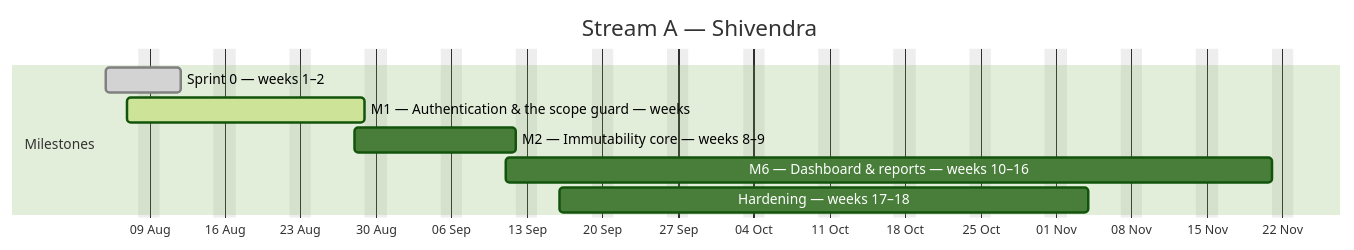
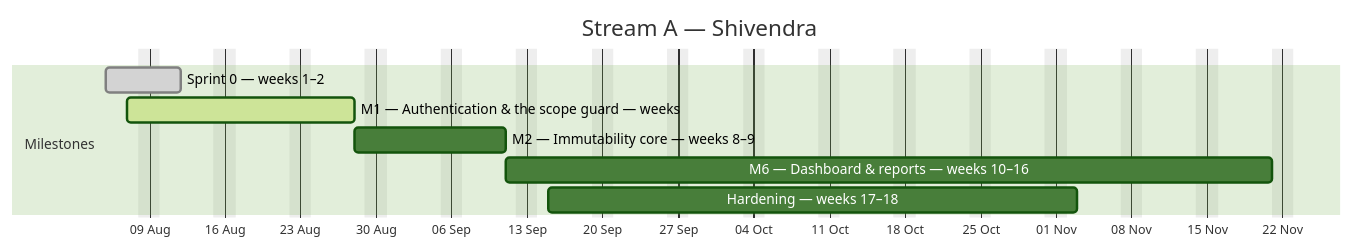
One commit to debashisedunext/EduTrack changed the first of 4 diagrams in docs/plan/GANTT.md. Above: the diagram before and after it, drawn with Mermaid (forest theme). The commit also changed other lines of this file and 2 other files, not shown here.

````diff
--- a/docs/plan/GANTT.md
+++ b/docs/plan/GANTT.md
@@ -123,13 +123,13 @@
 ```mermaid
 gantt
     dateFormat YYYY-MM-DD
     axisFormat %d %b
     title Stream A — Shivendra
     excludes weekends
     section Milestones
     Sprint 0 — weeks 1–2 :done, a0, 2026-08-05, 5d
-    M1 — Authentication & the scope guard — weeks :active, a1, 2026-08-07, 16d
-    M2 — Immutability core — weeks 8–9 :a2, 2026-08-28, 11d
+    M1 — Authentication & the scope guard — weeks :active, a1, 2026-08-07, 15d
+    M2 — Immutability core — weeks 8–9 :a2, 2026-08-28, 10d
     M6 — Dashboard & reports — weeks 10–16 :a3, 2026-09-11, 51d
-    Hardening — weeks 17–18 :a4, 2026-09-16, 35d
+    Hardening — weeks 17–18 :a4, 2026-09-15, 35d
 ```
````
